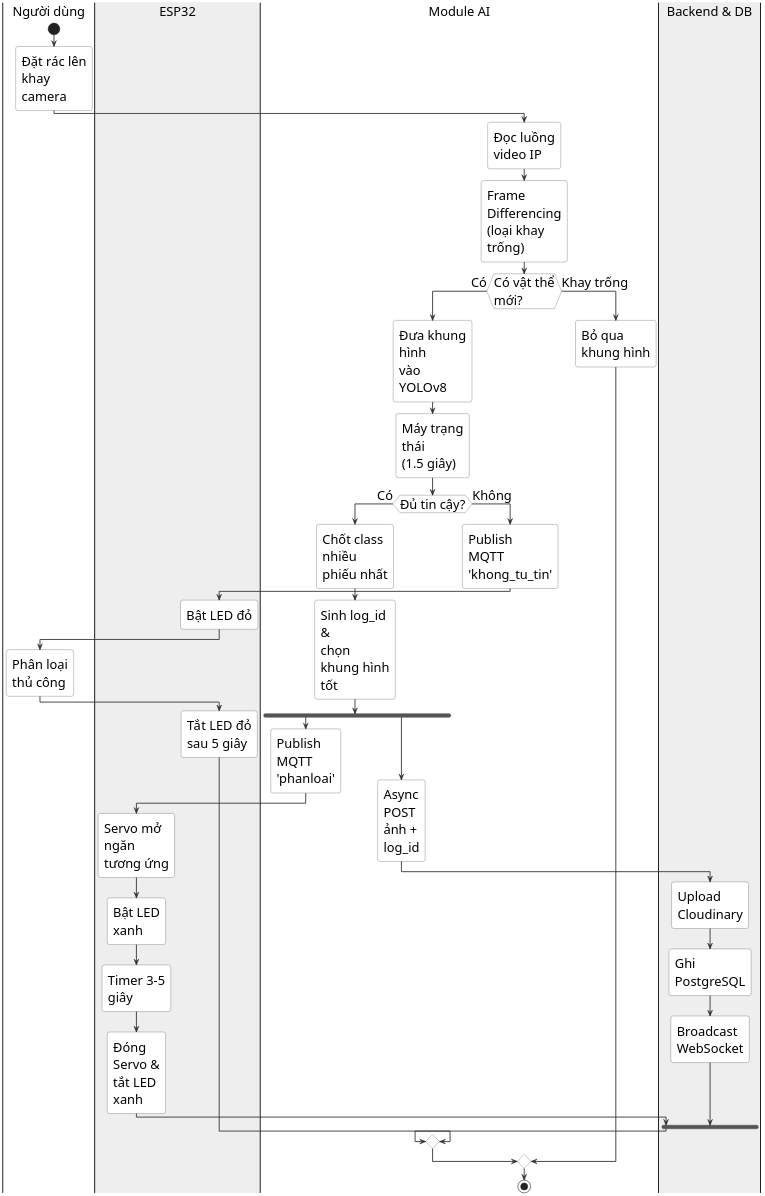
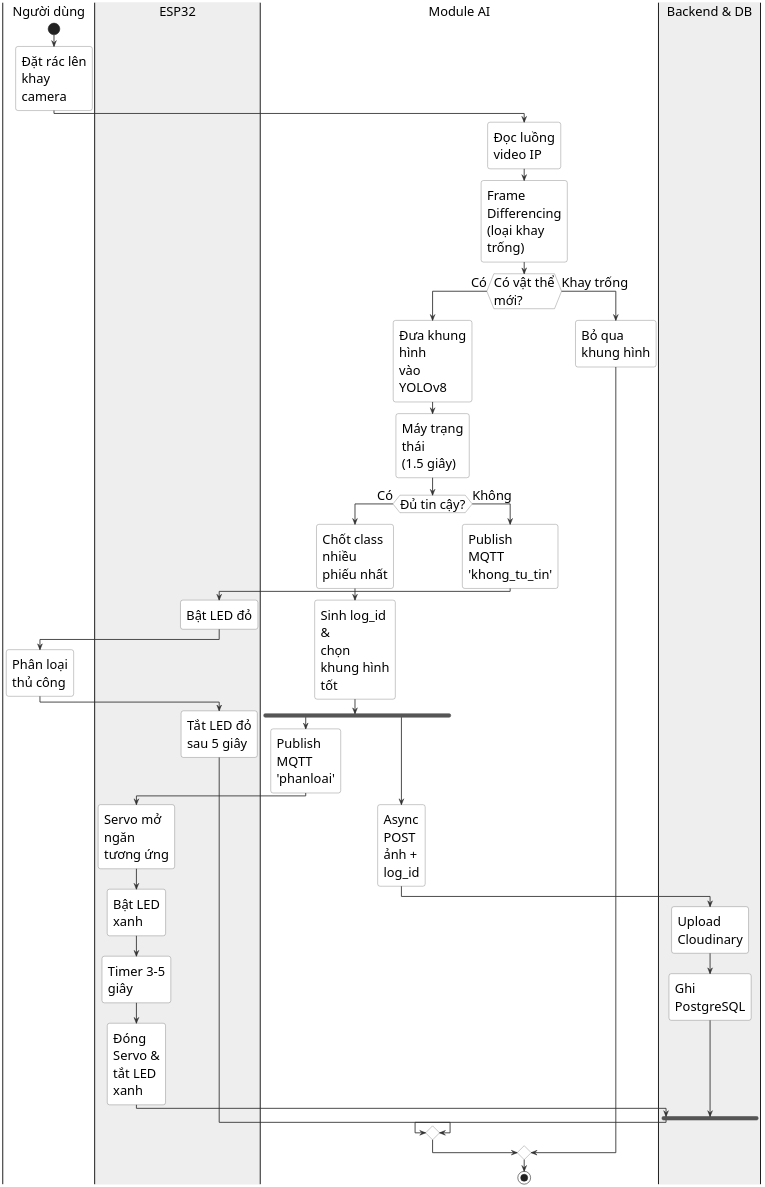
The diagram in DOCS/SoDoKienTruc/2.6.md (NguyenTAnh2005/Do-An-Mon-Hoc), drawn with PlantUML before and after one commit. The commit also changed 17 other files, not shown here.

```diff
--- a/DOCS/SoDoKienTruc/2.6.md
+++ b/DOCS/SoDoKienTruc/2.6.md
@@ -1,68 +1,69 @@
 @startuml
 skinparam dpi 200
-skinparam defaultFontName "Times New Roman"
+
+skinparam defaultFontName "Arial"
+
 skinparam defaultFontSize 22
 skinparam shadowing false
 skinparam roundcorner 8
 skinparam wrapWidth 120
 skinparam ArrowThickness 1.5
 skinparam ArrowColor #333333
 skinparam activity {
 BackgroundColor #FFFFFF
 BorderColor #444444
 DiamondBackgroundColor #FFFFFF
 DiamondBorderColor #444444
 }
 
 |#FFFFFF|Người dùng|
 start
 :Đặt rác lên\nkhay camera;
 
 |#EEEEEE|ESP32|
 |#FFFFFF|Module AI|
 :Đọc luồng\nvideo IP;
 :Frame Differencing\n(loại khay trống);
 
 if (Có vật thể\nmới?) then (Có)
 :Đưa khung hình\nvào YOLOv8;
 :Máy trạng thái\n(1.5 giây);
 
 if (Đủ tin cậy?) then (Có)
 :Chốt class\nnhiều phiếu nhất;
 :Sinh log_id &\nchọn khung hình tốt;
 
     fork
       :Publish MQTT\n'phanloai';
       |ESP32|
       :Servo mở ngăn\ntương ứng;
       :Bật LED xanh;
       :Timer 3-5 giây;
       :Đóng Servo &\ntắt LED xanh;
     fork again
       |Module AI|
       :Async POST\nảnh + log_id;
       |#EEEEEE|Backend & DB|
       :Upload Cloudinary;
       :Ghi PostgreSQL;
-      :Broadcast\nWebSocket;
     end fork
 
 else (Không)
 |Module AI|
 :Publish MQTT\n'khong_tu_tin';
 |ESP32|
 :Bật LED đỏ;
 |Người dùng|
 :Phân loại\nthủ công;
 |ESP32|
 :Tắt LED đỏ\nsau 5 giây;
 endif
 
 else (Khay trống)
 |Module AI|
 :Bỏ qua khung hình;
 endif
 
 |Module AI|
 stop
 @enduml
```
